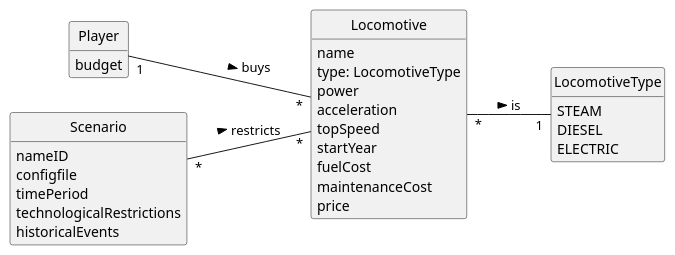
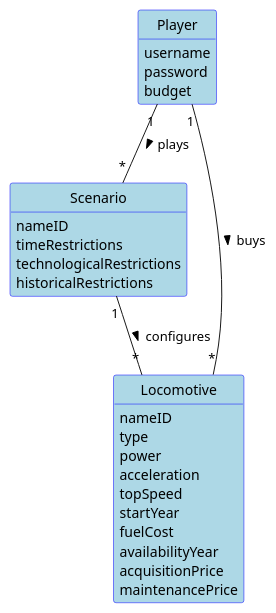
Before and after one commit to HenriqueSilva18/Railway-Network-Simulator: the diagram in docs/system-documentation/Sprint 1/US09/02.analysis/puml/US09-DM.puml, drawn with PlantUML. The commit also changed 17 other files, not shown here.

```diff
--- a/docs/system-documentation/Sprint 1/US09/02.analysis/puml/US09-DM.puml
+++ b/docs/system-documentation/Sprint 1/US09/02.analysis/puml/US09-DM.puml
@@ -1,44 +1,48 @@
 @startuml
-skinparam monochrome true
 skinparam shadowing false
 skinparam classAttributeIconSize 0
+skinparam class {
+  BackgroundColor LightBlue
+  BorderColor Blue
+}
+skinparam enum {
+  BackgroundColor LightBlue
+  BorderColor Blue
+}
 hide circle
 hide methods
 
-left to right direction
-
 class Player {
+  username
+  password
   budget
 }
 
+class Scenario {
+  nameID
+  timeRestrictions
+  technologicalRestrictions
+  historicalRestrictions
+}
+
 class Locomotive {
-  name
-  type: LocomotiveType
+  nameID
+  type
   power
   acceleration
   topSpeed
   startYear
   fuelCost
-  maintenanceCost
-  price
+  availabilityYear
+  acquisitionPrice
+  maintenancePrice
 }
 
-enum LocomotiveType {
-  STEAM
-  DIESEL
-  ELECTRIC
-}
+Player "1" -- "*" Scenario : plays >
+Player "1" -- "*" Locomotive : buys >
+Scenario "1" -- "*" Locomotive : configures >
 
-class Scenario {
-  nameID
-  configfile
-  timePeriod
-  technologicalRestrictions
-  historicalEvents
-}
 
-Player "1" -- "*" Locomotive : buys >
-Locomotive "*" -- "1" LocomotiveType : is >
-Scenario "*" -- "*" Locomotive : restricts >
+
 
 @enduml
```
